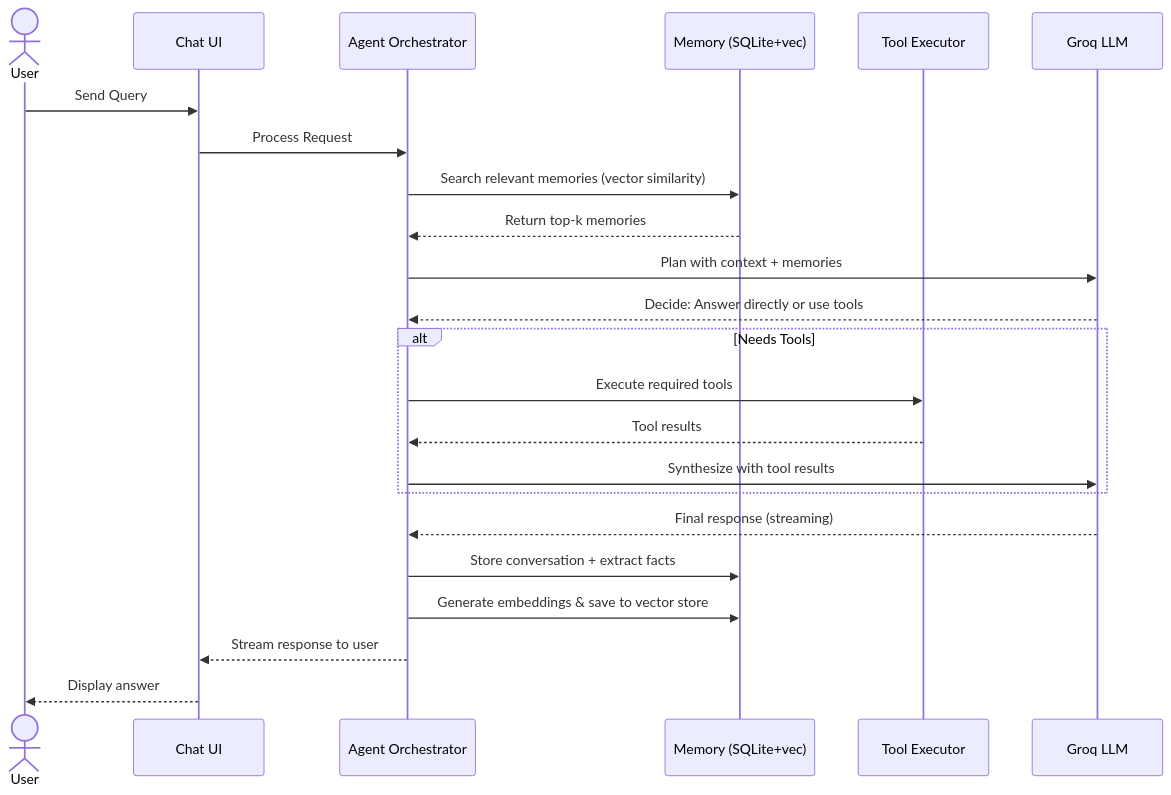
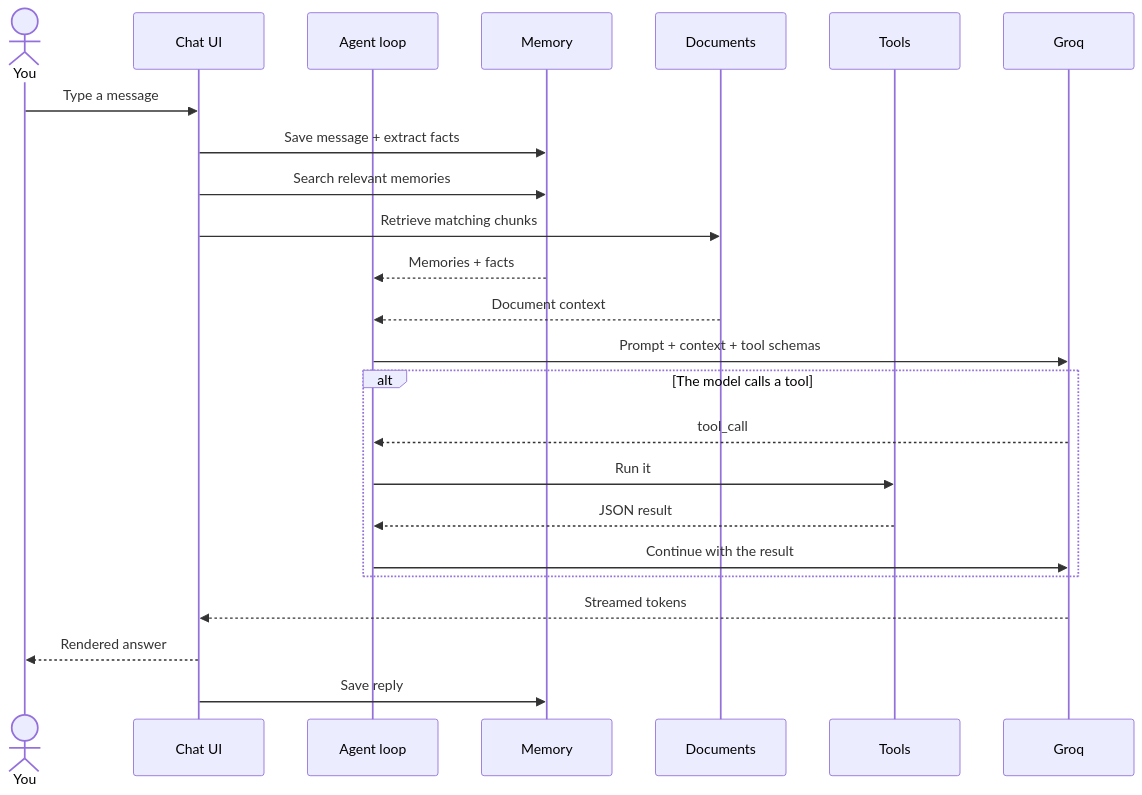
One commit to rhasan2026g-cell/GroqChatbot changed the second of 2 diagrams in README.md. Above: the diagram before and after it, drawn with Mermaid. The commit also changed other lines of this file and 83 other files, not shown here.

````diff
--- a/README.md
+++ b/README.md
@@ -140,30 +206,27 @@
 ```mermaid
 sequenceDiagram
-    actor User
+    actor You
     participant UI as Chat UI
-    participant Agent as Agent Orchestrator
-    participant Memory as Memory (SQLite+vec)
-    participant Tools as Tool Executor
-    participant LLM as Groq LLM
-    
-    User->>UI: Send Query
-    UI->>Agent: Process Request
-    
-    Agent->>Memory: Search relevant memories (vector similarity)
-    Memory-->>Agent: Return top-k memories
-    
-    Agent->>LLM: Plan with context + memories
-    LLM-->>Agent: Decide: Answer directly or use tools
-    
-    alt Needs Tools
-        Agent->>Tools: Execute required tools
-        Tools-->>Agent: Tool results
-        Agent->>LLM: Synthesize with tool results
+    participant Agent as Agent loop
+    participant Mem as Memory
+    participant RAG as Documents
+    participant Tools as Tools
+    participant Groq as Groq
+
+    You->>UI: Type a message
+    UI->>Mem: Save message + extract facts
+    UI->>Mem: Search relevant memories
+    UI->>RAG: Retrieve matching chunks
+    Mem-->>Agent: Memories + facts
+    RAG-->>Agent: Document context
+    Agent->>Groq: Prompt + context + tool schemas
+    alt The model calls a tool
+        Groq-->>Agent: tool_call
+        Agent->>Tools: Run it
+        Tools-->>Agent: JSON result
+        Agent->>Groq: Continue with the result
     end
-    
-    LLM-->>Agent: Final response (streaming)
-    Agent->>Memory: Store conversation + extract facts
-    Agent->>Memory: Generate embeddings & save to vector store
-    Agent-->>UI: Stream response to user
-    UI-->>User: Display answer
+    Groq-->>UI: Streamed tokens
+    UI-->>You: Rendered answer
+    UI->>Mem: Save reply
 ```
````
